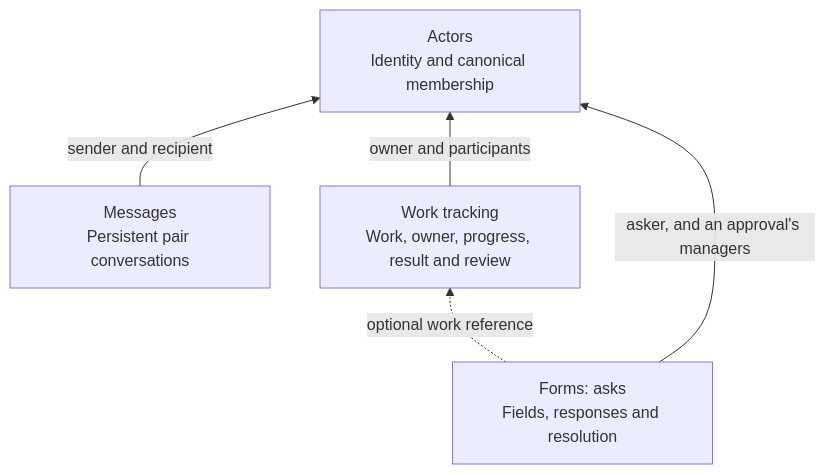
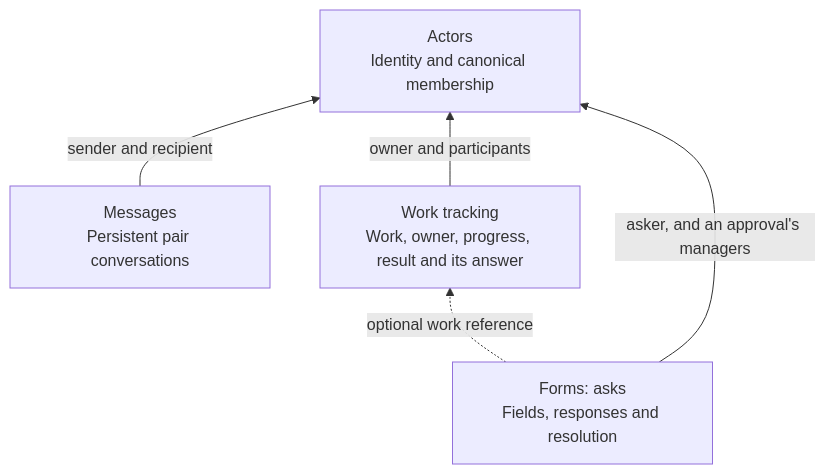
Before and after one commit to uniac-ai/AgenticWorkspace: the first of 2 diagrams in docs/design.md, drawn with Mermaid. The commit also changed other lines of this file and 13 other files, not shown here.

````diff
--- a/docs/design.md
+++ b/docs/design.md
@@ -9,11 +9,11 @@
 ```mermaid
 flowchart BT
     A["Actors<br/>Identity and canonical membership"]
     M["Messages<br/>Persistent pair conversations"]
-    T["Work tracking<br/>Work, owner, progress, result and review"]
+    T["Work tracking<br/>Work, owner, progress, result and its answer"]
     F["Forms: asks<br/>Fields, responses and resolution"]
     F -.->|"optional work reference"| T
     M -->|"sender and recipient"| A
     T -->|"owner and participants"| A
     F -->|"asker, and an approval's managers"| A
 ```
````
